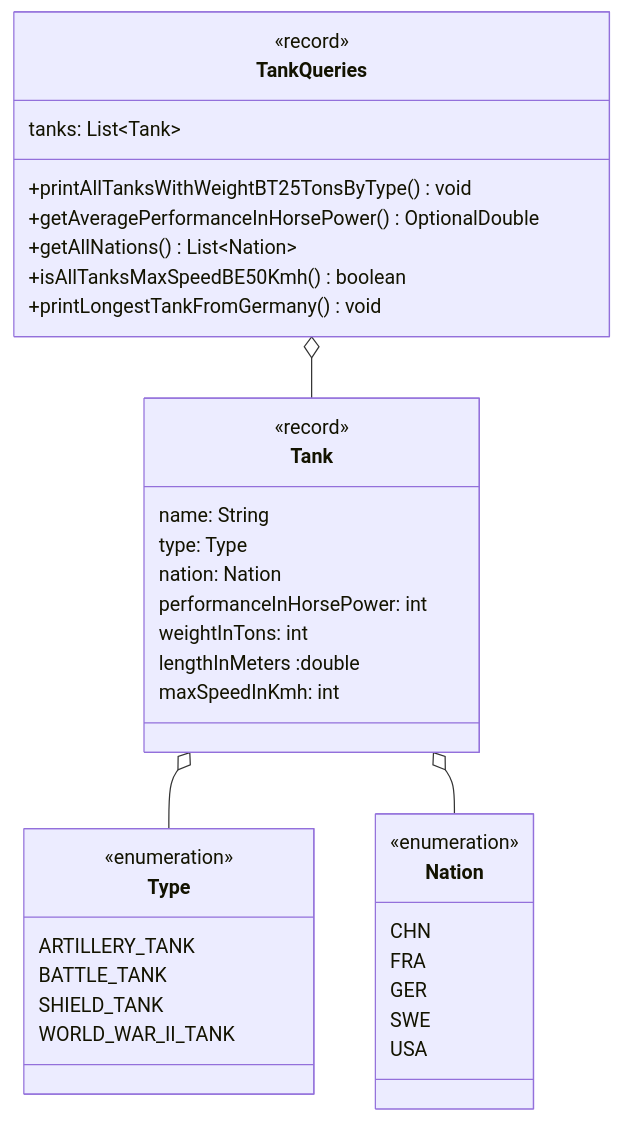
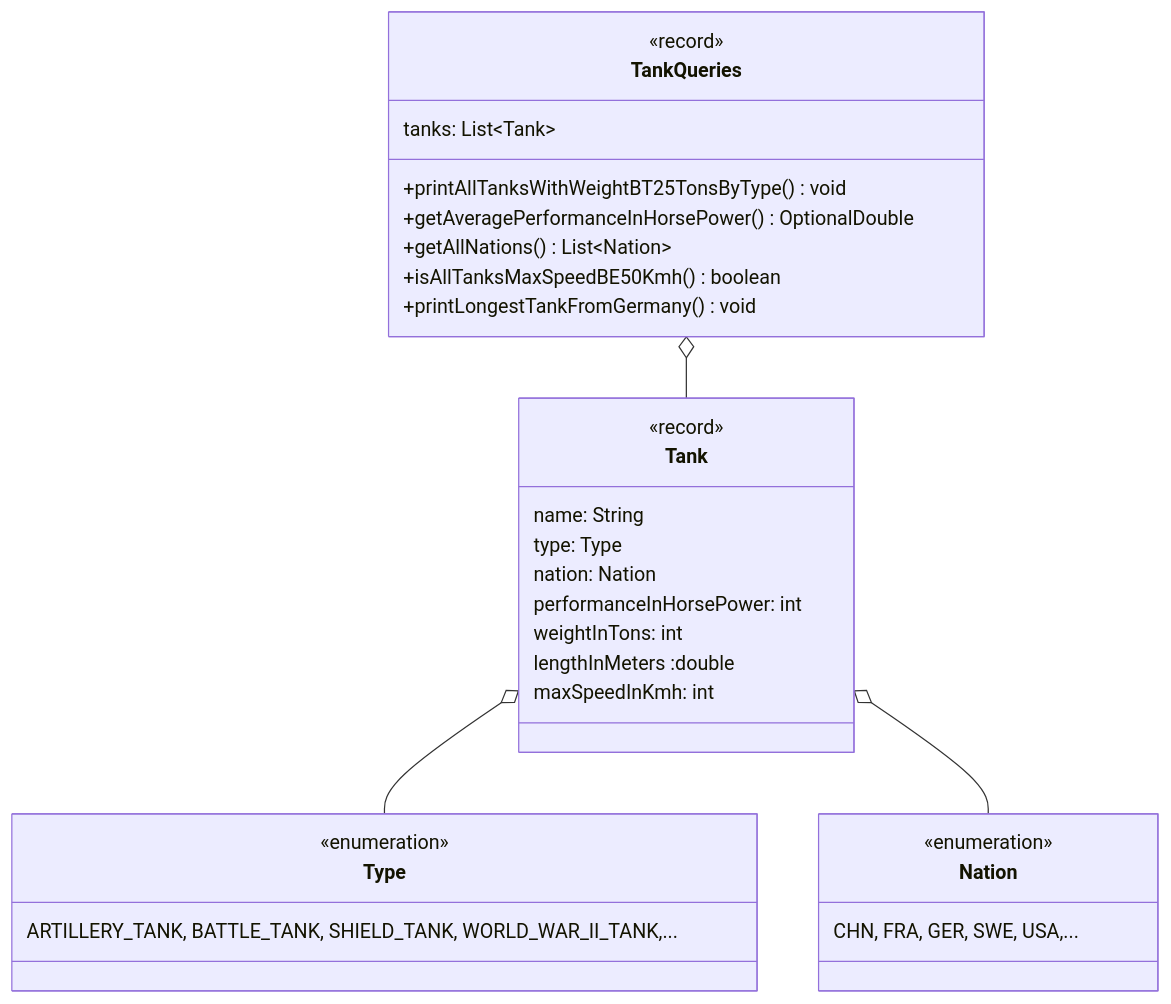
Before and after one commit to jappuccini/java-docs: the diagram in docs/exam-exercises/exam-exercises-java2/queries/tanks.md, drawn with Mermaid. The commit also changed 6 other files, not shown here.

````diff
--- a/docs/exam-exercises/exam-exercises-java2/queries/tanks.md
+++ b/docs/exam-exercises/exam-exercises-java2/queries/tanks.md
@@ -12,44 +12,37 @@
 ```mermaid
 classDiagram
     Tank o-- Type
     Tank o-- Nation
     TankQueries o-- Tank
 
     class Tank {
         <<record>>
         name: String
         type: Type
         nation: Nation
         performanceInHorsePower: int
         weightInTons: int
         lengthInMeters :double
         maxSpeedInKmh: int
     }
 
     class Type {
         <<enumeration>>
-        ARTILLERY_TANK
-        BATTLE_TANK
-        SHIELD_TANK
-        WORLD_WAR_II_TANK
+        ARTILLERY_TANK, BATTLE_TANK, SHIELD_TANK, WORLD_WAR_II_TANK,...
     }
 
     class Nation {
         <<enumeration>>
-        CHN
-        FRA
-        GER
-        SWE
-        USA
+        CHN, FRA, GER, SWE, USA,...
     }
 
     class TankQueries {
         <<record>>
         tanks: List~Tank~
         +printAllTanksWithWeightBT25TonsByType() void
         +getAveragePerformanceInHorsePower() OptionalDouble
         +getAllNations() List~Nation~
         +isAllTanksMaxSpeedBE50Kmh() boolean
         +printLongestTankFromGermany() void
     }
 ```
````
